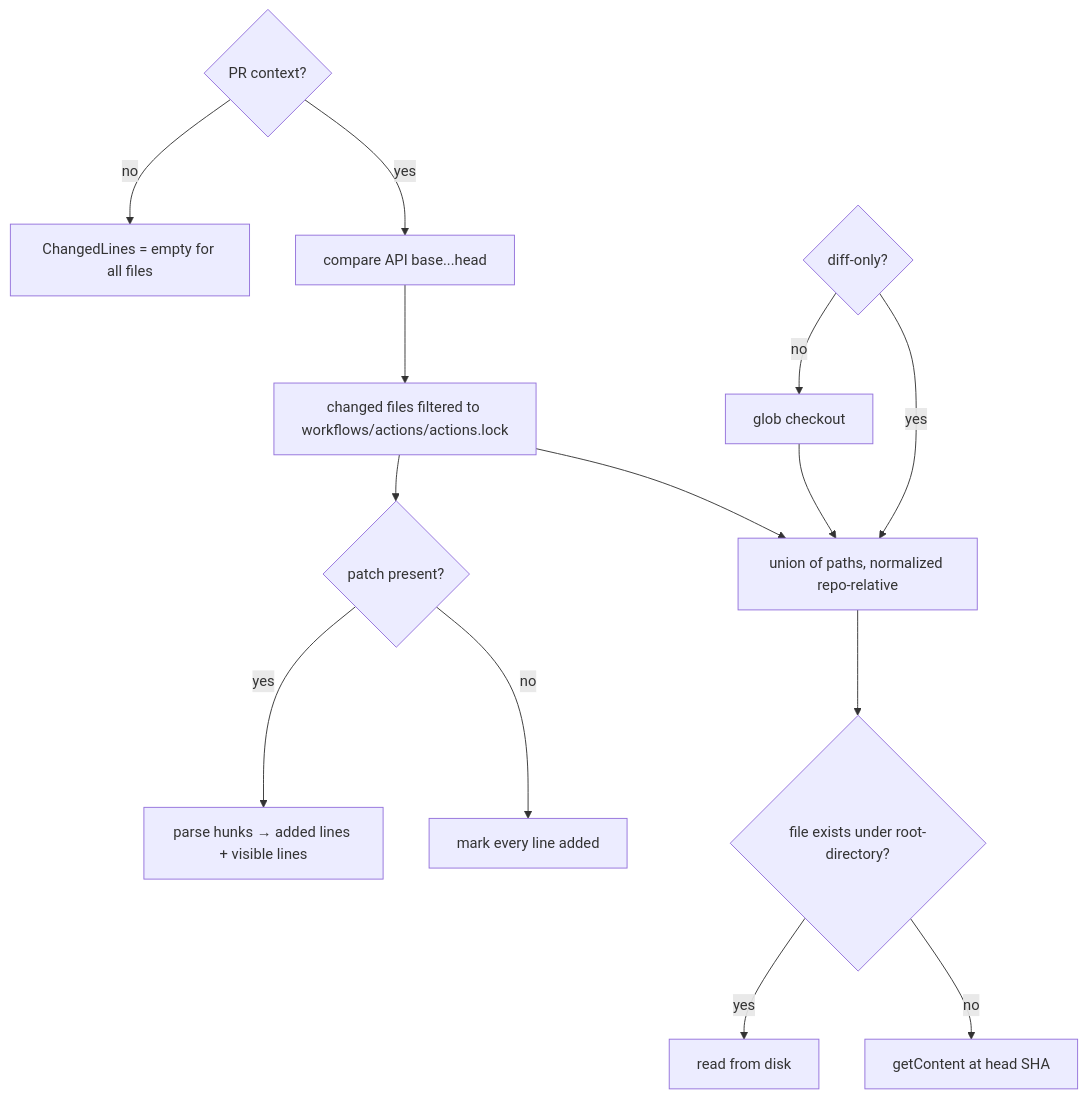
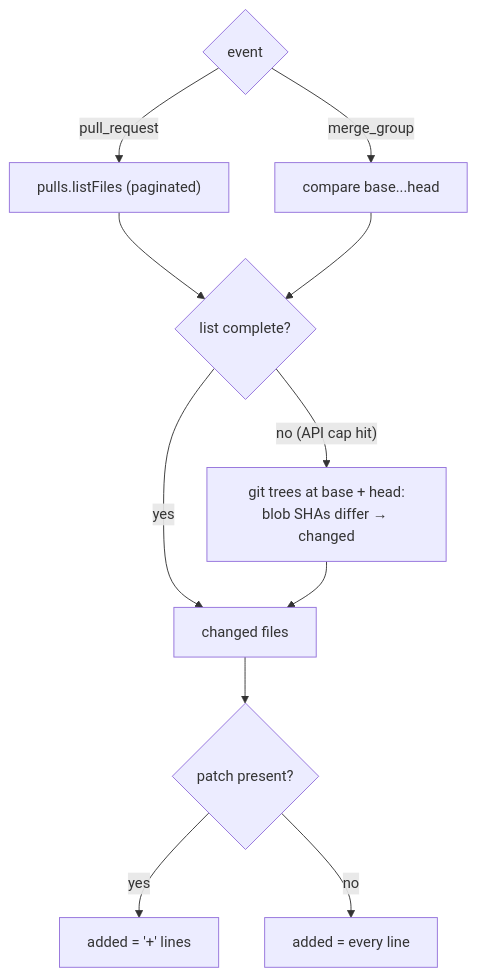
Before and after one commit to smartcontractkit/.github: the third of 3 diagrams in changes/gha-workflow-validator-v2/design.md, drawn with Mermaid. The commit also changed other lines of this file and 1 other file, not shown here.

````diff
--- a/changes/gha-workflow-validator-v2/design.md
+++ b/changes/gha-workflow-validator-v2/design.md
@@ -381,15 +473,12 @@
 ```mermaid
 flowchart TD
-  PR{PR context?} -- no --> NoDiff[ChangedLines = empty for all files]
-  PR -- yes --> Cmp[compare API base...head]
-  Cmp --> Files[changed files filtered to workflows/actions/actions.lock]
-  Files --> HasPatch{patch present?}
-  HasPatch -- yes --> Parse[parse hunks → added lines + visible lines]
-  HasPatch -- no --> All[mark every line added]
-  Disc{diff-only?} -- no --> Glob[glob checkout] --> Union
-  Disc -- yes --> Union
-  Files --> Union[union of paths, normalized repo-relative]
-  Union --> Text{file exists under root-directory?}
-  Text -- yes --> Local[read from disk]
-  Text -- no --> API[getContent at head SHA]
+  Ev{event} -- pull_request --> PR["pulls.listFiles (paginated)"]
+  Ev -- merge_group --> Cmp["compare base...head"]
+  PR & Cmp --> Cap{"list complete?"}
+  Cap -- yes --> Files[changed files]
+  Cap -- "no (API cap hit)" --> Trees["git trees at base + head:<br/>blob SHAs differ → changed"]
+  Trees --> Files
+  Files --> Patch{patch present?}
+  Patch -- yes --> Added[added = '+' lines]
+  Patch -- no --> All[added = every line]
 ```
````
